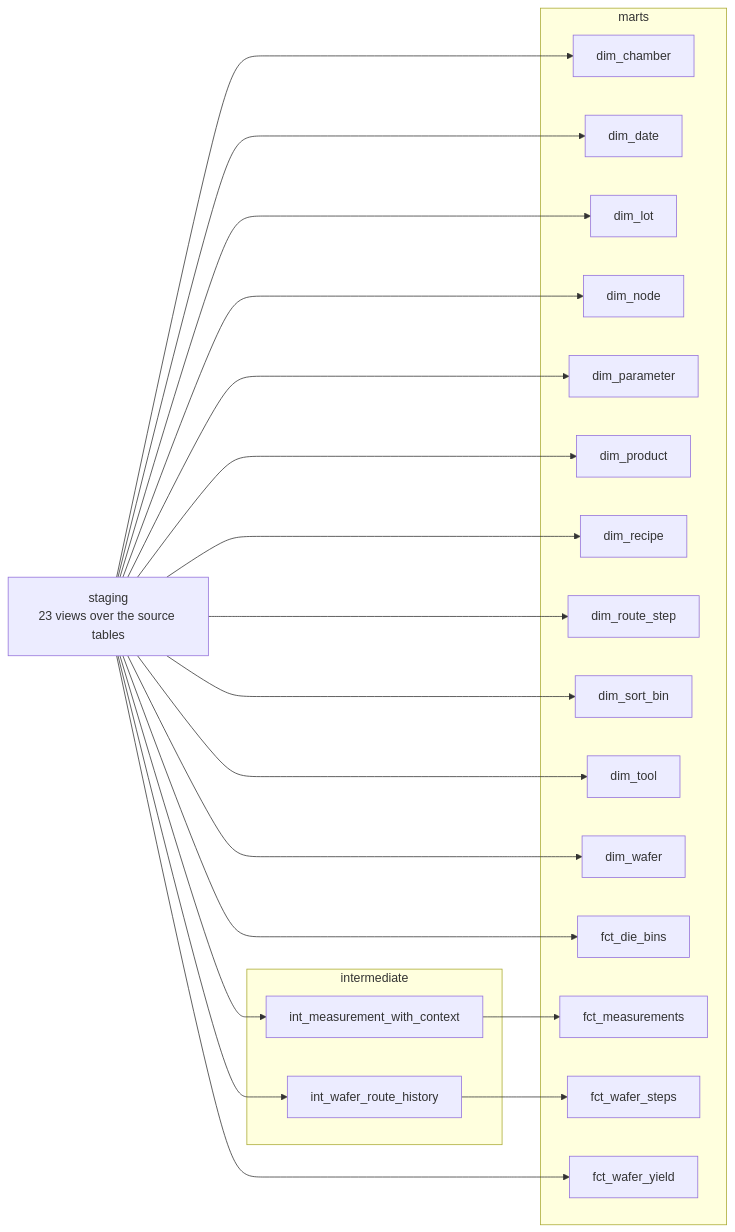
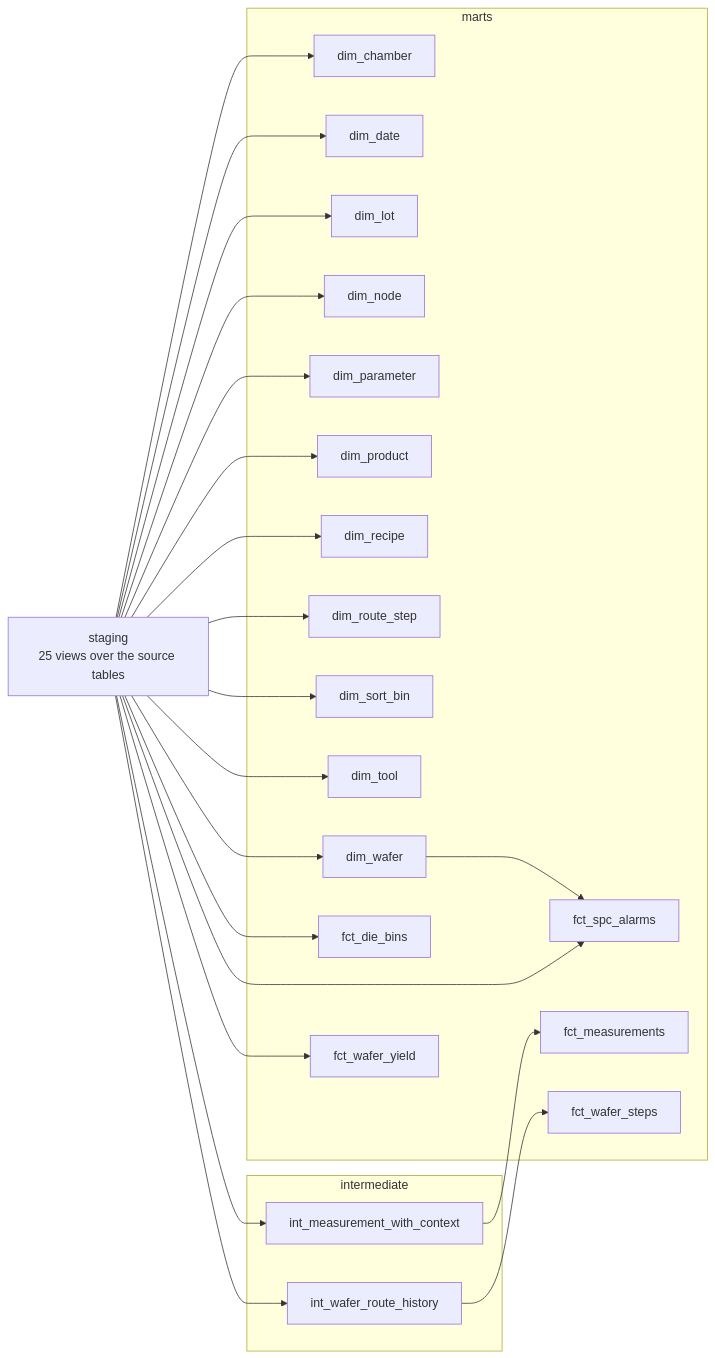
The diagram in docs/dbt.md (anson10/waferLens), drawn with Mermaid before and after one commit. The commit also changed other lines of this file and 32 other files, not shown here.

````diff
--- a/docs/dbt.md
+++ b/docs/dbt.md
@@ -12,42 +12,45 @@
 ```mermaid
 flowchart LR
-    staging["staging<br/>23 views over the source tables"]
+    staging["staging<br/>25 views over the source tables"]
     subgraph intermediate_layer [intermediate]
         int_measurement_with_context
         int_wafer_route_history
     end
     subgraph marts_layer [marts]
         dim_chamber
         dim_date
         dim_lot
         dim_node
         dim_parameter
         dim_product
         dim_recipe
         dim_route_step
         dim_sort_bin
         dim_tool
         dim_wafer
         fct_die_bins
         fct_measurements
+        fct_spc_alarms
         fct_wafer_steps
         fct_wafer_yield
     end
+    dim_wafer --> fct_spc_alarms
     int_measurement_with_context --> fct_measurements
     int_wafer_route_history --> fct_wafer_steps
     staging --> dim_chamber
     staging --> dim_date
     staging --> dim_lot
     staging --> dim_node
     staging --> dim_parameter
     staging --> dim_product
     staging --> dim_recipe
     staging --> dim_route_step
     staging --> dim_sort_bin
     staging --> dim_tool
     staging --> dim_wafer
     staging --> fct_die_bins
+    staging --> fct_spc_alarms
     staging --> fct_wafer_yield
     staging --> int_measurement_with_context
     staging --> int_wafer_route_history
 ```
````
